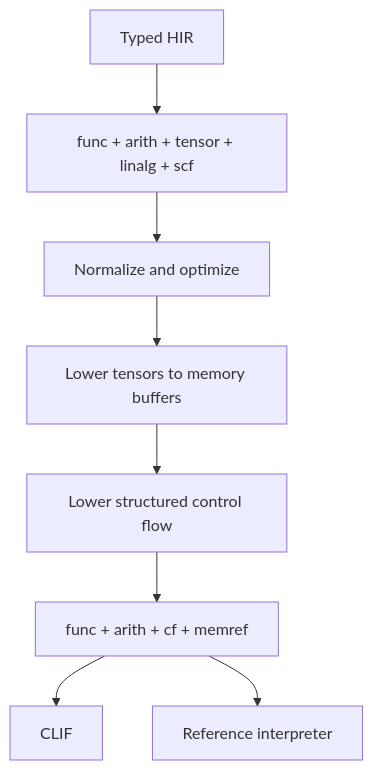
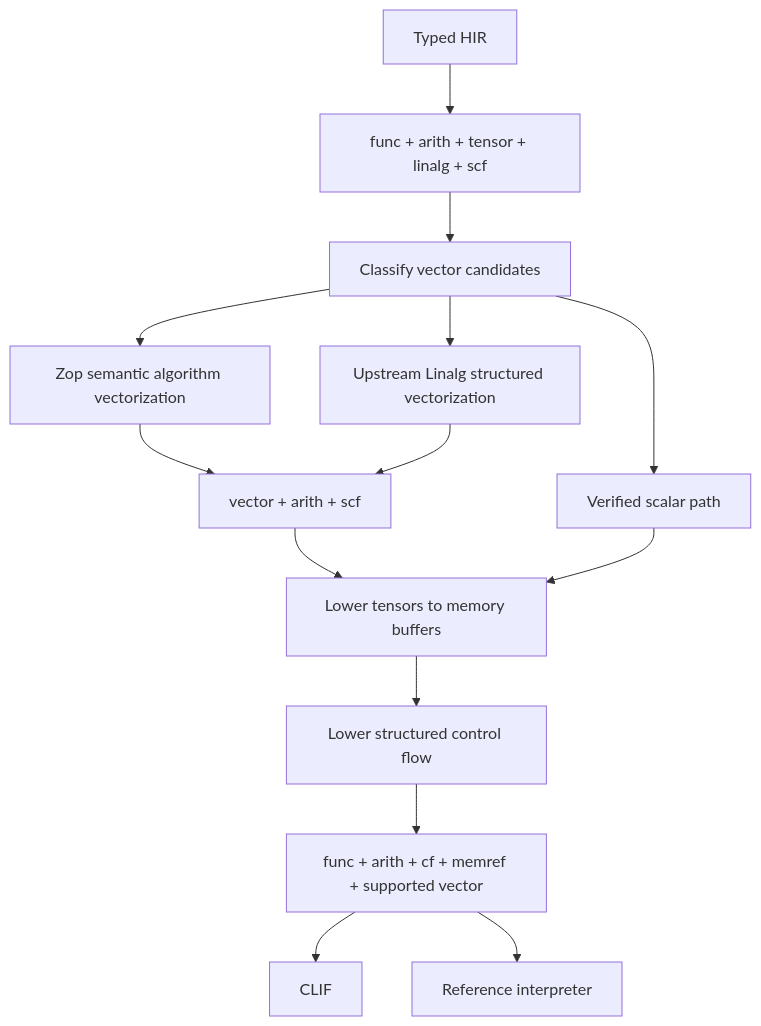
The diagram in docs/architecture/ir.md (zop-lang/zop), drawn with Mermaid before and after one commit. The commit also changed other lines of this file and 88 other files, not shown here.

````diff
--- a/docs/architecture/ir.md
+++ b/docs/architecture/ir.md
@@ -86,10 +182,16 @@
 ```mermaid
 flowchart TD
     hir["Typed HIR"] --> high["func + arith + tensor + linalg + scf"]
-    high --> optimize["Normalize and optimize"]
-    optimize --> bufferize["Lower tensors to memory buffers"]
+    high --> classify["Classify vector candidates"]
+    classify --> semantic["Zop semantic algorithm vectorization"]
+    classify --> structured["Upstream Linalg structured vectorization"]
+    classify --> scalar["Verified scalar path"]
+    semantic --> vector["vector + arith + scf"]
+    structured --> vector
+    vector --> bufferize["Lower tensors to memory buffers"]
+    scalar --> bufferize
     bufferize --> control["Lower structured control flow"]
-    control --> ready["func + arith + cf + memref"]
+    control --> ready["func + arith + cf + memref + supported vector"]
     ready --> clif["CLIF"]
     ready --> oracle["Reference interpreter"]
 ```
````
